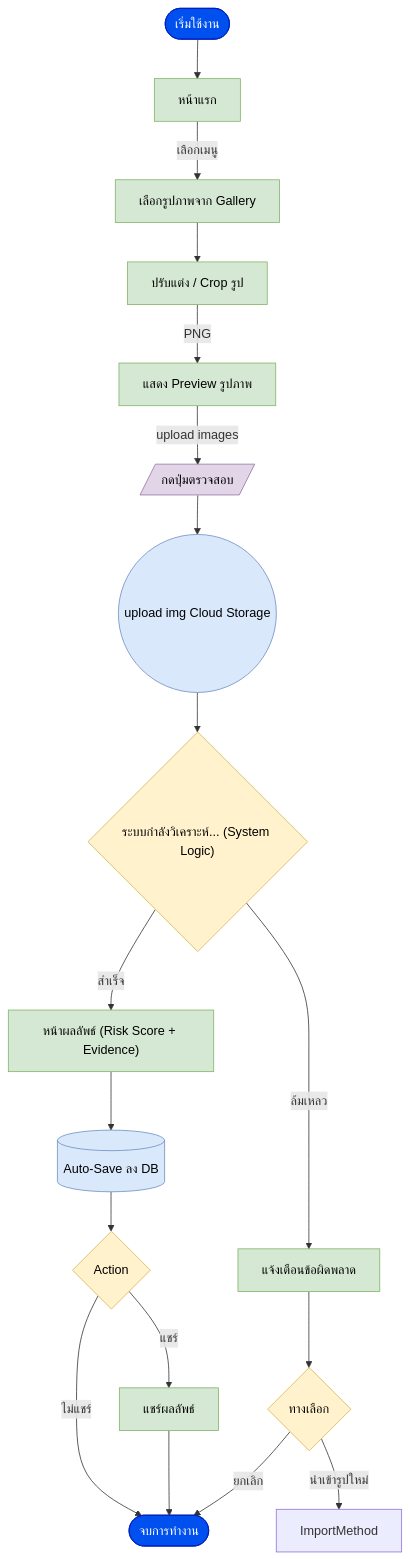
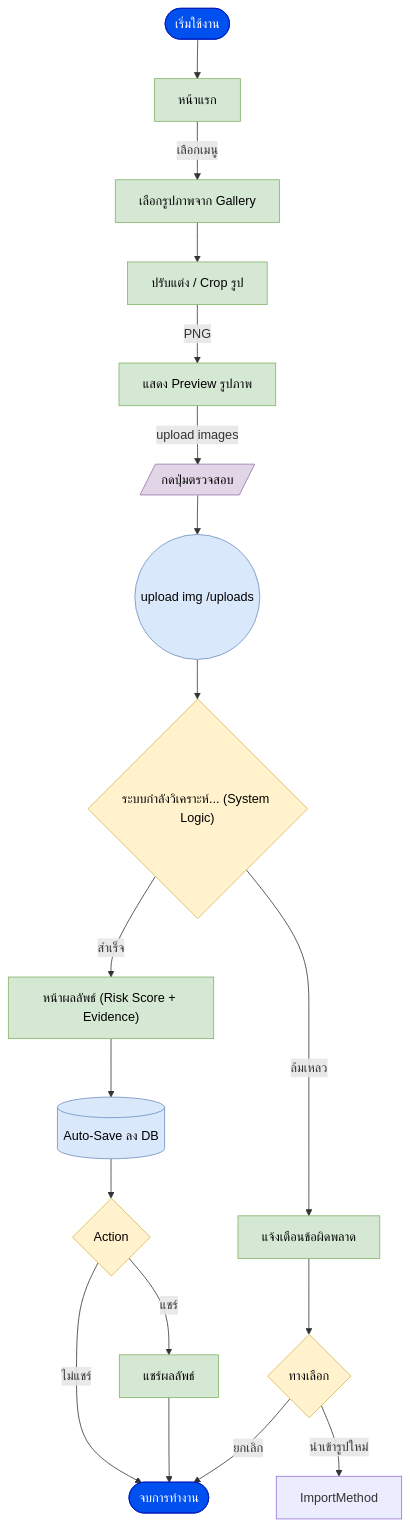
Before and after one commit to Panuwat-ta/project: the first of 2 diagrams in Document/Software Architecture/flowchart.md, drawn with Mermaid. The commit also changed other lines of this file and 143 other files, not shown here.

First line of the commit message:
Update traceability matrix, use case diagram, and test cases documentation

````diff
--- a/Document/Software Architecture/flowchart.md
+++ b/Document/Software Architecture/flowchart.md
@@ -5,42 +5,42 @@
 ```mermaid
 graph TD
     Start([เริ่มใช้งาน]) --> Home[หน้าแรก]
     Home -- "เลือกเมนู" --> Gallery[เลือกรูปภาพจาก Gallery]
     Gallery --> Image[ปรับแต่ง / Crop รูป]
     
     Image -- "PNG" --> Preview[แสดง Preview รูปภาพ]
     Preview -- "upload images" --> CheckBtn[/กดปุ่มตรวจสอบ/]
-    CheckBtn --> S3(("upload img Cloud Storage"))
+    CheckBtn --> S3(("upload img /uploads"))
     
     S3 --> Analyzing{"ระบบกำลังวิเคราะห์... (System Logic)"}
     
     Analyzing -- "สำเร็จ" --> Result["หน้าผลลัพธ์ (Risk Score + Evidence)"]
     Analyzing -- "ล้มเหลว" --> Error[แจ้งเตือนข้อผิดพลาด]
     
     Result --> AutoSave[(Auto-Save ลง DB)]
     
     AutoSave --> Action{Action}
     
     Action -- "แชร์" --> Share[แชร์ผลลัพธ์]
     Action -- "ไม่แชร์" --> End([จบการทำงาน])
     
     Share --> End
     
     Error --> Options{ทางเลือก}
     Options -- "นำเข้ารูปใหม่" --> ImportMethod
     Options -- "ยกเลิก" --> End
 
     %% Styling
     classDef blue fill:#0050ef,stroke:#001DBC,color:#fff
     classDef green fill:#d5e8d4,stroke:#82b366,color:#000
     classDef yellow fill:#fff2cc,stroke:#d6b656,color:#000
     classDef purple fill:#e1d5e7,stroke:#9673a6,color:#000
     classDef cloud fill:#dae8fc,stroke:#6c8ebf,color:#000
     classDef error fill:#f8cecc,stroke:#b85450,color:#000
 
     class Start,End blue
     class Home,Gallery,Image,Preview,Result,Error,Share green
     class Analyzing,Action,Options yellow
     class CheckBtn,RetCache,Gen purple
     class S3,AutoSave cloud
 ```
````
